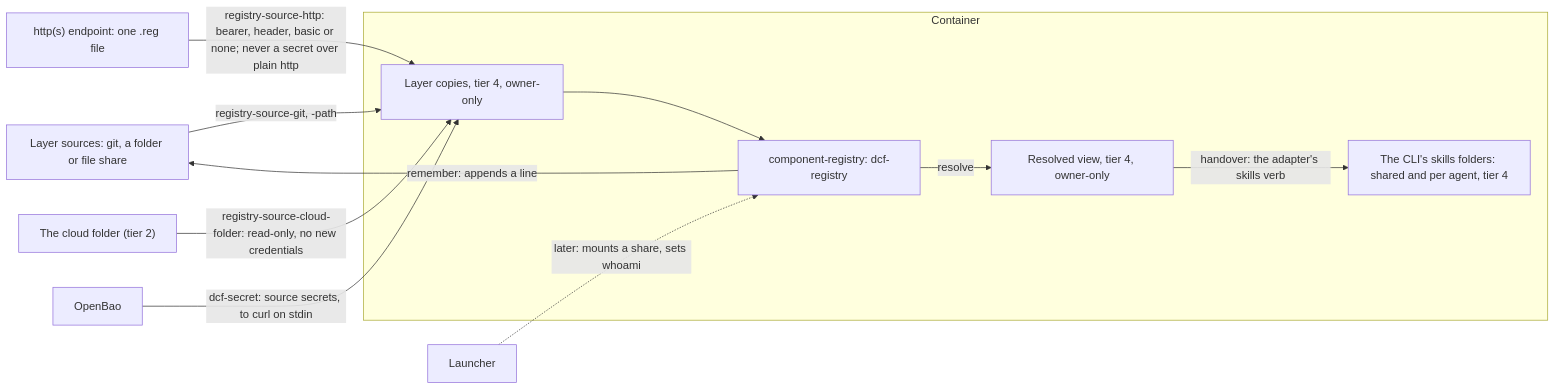
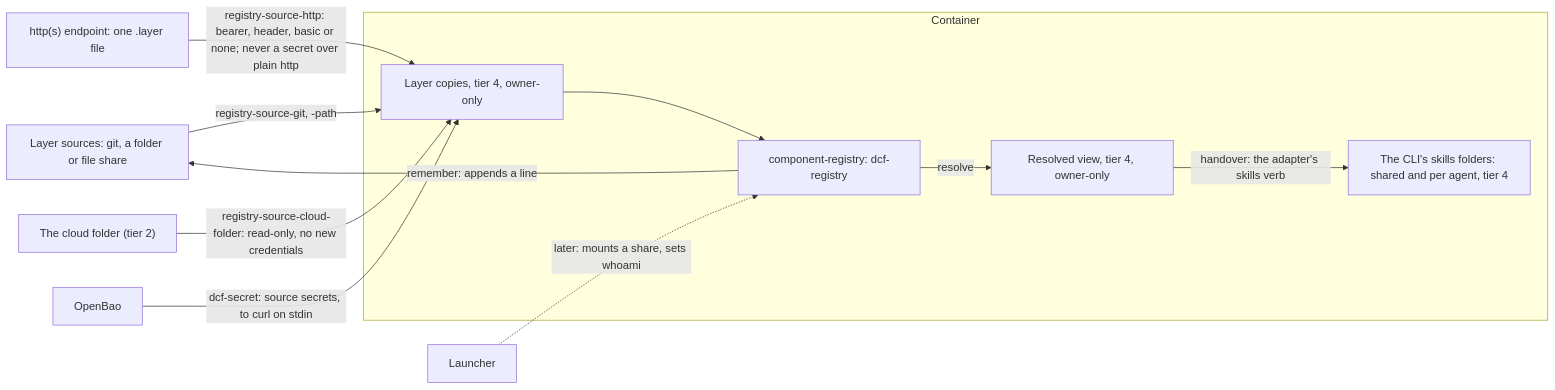
One commit to nabil-becker/devcontainer-features changed the tenth of 11 diagrams in docs/architecture/data-flows.md. Above: the diagram before and after it, drawn with Mermaid. The commit also changed other lines of this file and 24 other files, not shown here.

First line of the commit message:
feat(component-registry): layer files are .layer, .reg deprecated (component-registry 1.9.0; layer-extension-rename)

````diff
--- a/docs/architecture/data-flows.md
+++ b/docs/architecture/data-flows.md
@@ -357,23 +357,23 @@
 ```mermaid
 flowchart LR
   external-sources["Layer sources: git, a folder or file share"]
-  external-http["http(s) endpoint: one .reg file"]
+  external-http["http(s) endpoint: one .layer file"]
   external-cloud["The cloud folder (tier 2)"]
   master-of-secrets["OpenBao"]
   subgraph external-zone-ct["Container"]
     component-registry["component-registry: dcf-registry"]
     external-copies["Layer copies, tier 4, owner-only"]
     external-view["Resolved view, tier 4, owner-only"]
     external-cli-skills["The CLI's skills folders: shared and per agent, tier 4"]
   end
   launcher["Launcher"]
   external-sources -->|registry-source-git, -path| external-copies
   external-http -->|registry-source-http: bearer, header, basic or none; never a secret over plain http| external-copies
   external-cloud -->|registry-source-cloud-folder: read-only, no new credentials| external-copies
   master-of-secrets -->|dcf-secret: source secrets, to curl on stdin| external-copies
   launcher -.->|later: mounts a share, sets whoami| component-registry
   external-copies --> component-registry
   component-registry -->|resolve| external-view
   external-view -->|handover: the adapter's skills verb| external-cli-skills
   component-registry -->|remember: appends a line| external-sources
 ```
````
